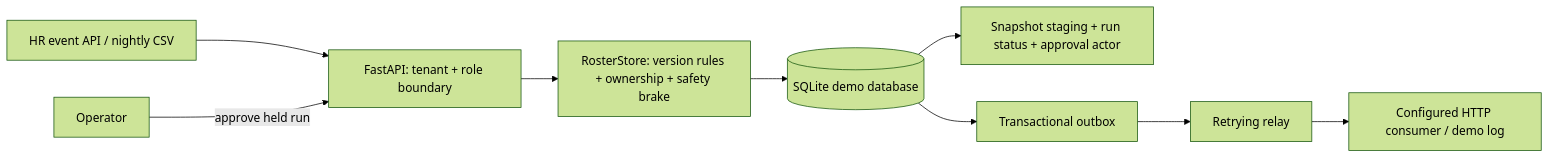
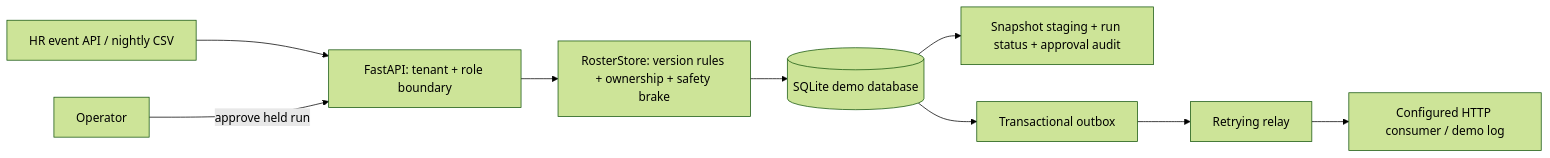
One commit to arnavnaik22/HR-Roster-Sync changed the first of 2 diagrams in DESIGN.md. Above: the diagram before and after it, drawn with Mermaid (forest theme). The commit also changed other lines of this file and 14 other files, not shown here.

````diff
--- a/DESIGN.md
+++ b/DESIGN.md
@@ -5,11 +5,11 @@
 ```mermaid
 flowchart LR
   HR[HR event API / nightly CSV] --> API[FastAPI: tenant + role boundary]
   API --> SVC[RosterStore: version rules + ownership + safety brake]
   SVC --> DB[(SQLite demo database)]
-  DB --> STAGE[Snapshot staging + run status + approval actor]
+  DB --> STAGE[Snapshot staging + run status + approval audit]
   DB --> OUTBOX[Transactional outbox]
   OUTBOX --> RELAY[Retrying relay]
   RELAY --> DOWN[Configured HTTP consumer / demo log]
   OP[Operator] -->|approve held run| API
 ```
````
